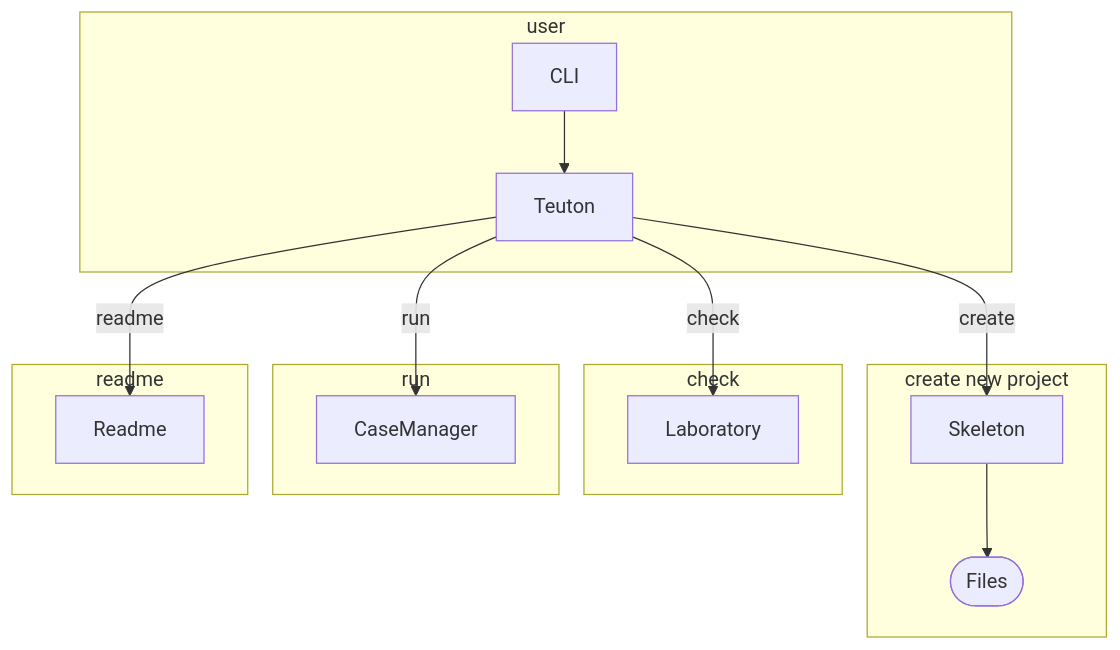
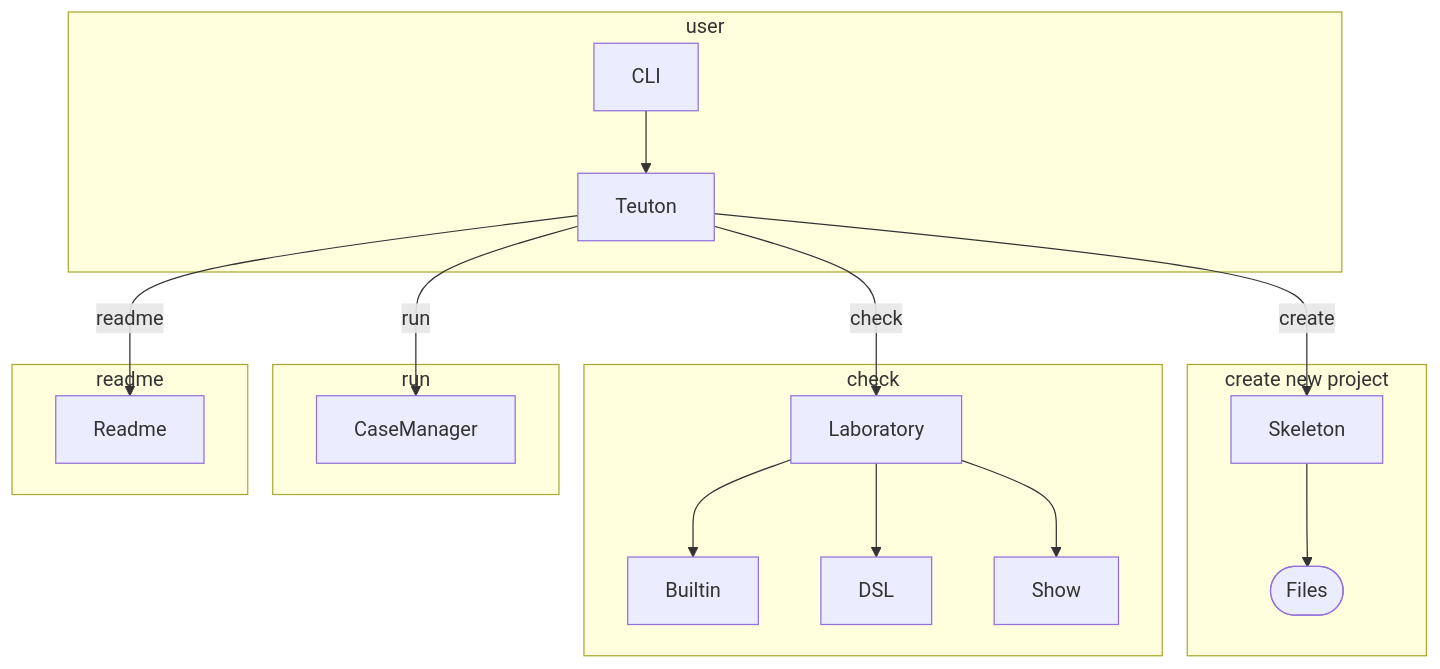
Before and after one commit to teuton-software/teuton: the diagram in docs/diagram.md, drawn with Mermaid. The commit also changed 1 other file, not shown here.

````diff
--- a/docs/diagram.md
+++ b/docs/diagram.md
@@ -5,24 +5,27 @@
 ```mermaid
 flowchart TB
 
 subgraph user
   CLI --> Teuton
 end
 
 subgraph "create new project"
   Teuton -- create --> Skeleton
   Skeleton --> Files([Files])
 end
 
 subgraph check
   Teuton -- check --> Laboratory
+  Laboratory --> Builtin
+  Laboratory --> DSL
+  Laboratory --> Show  
 end
 
 subgraph run
   Teuton -- run --> CaseManager
 end
 
 subgraph readme
   Teuton -- readme --> Readme
 end
 ```
````
